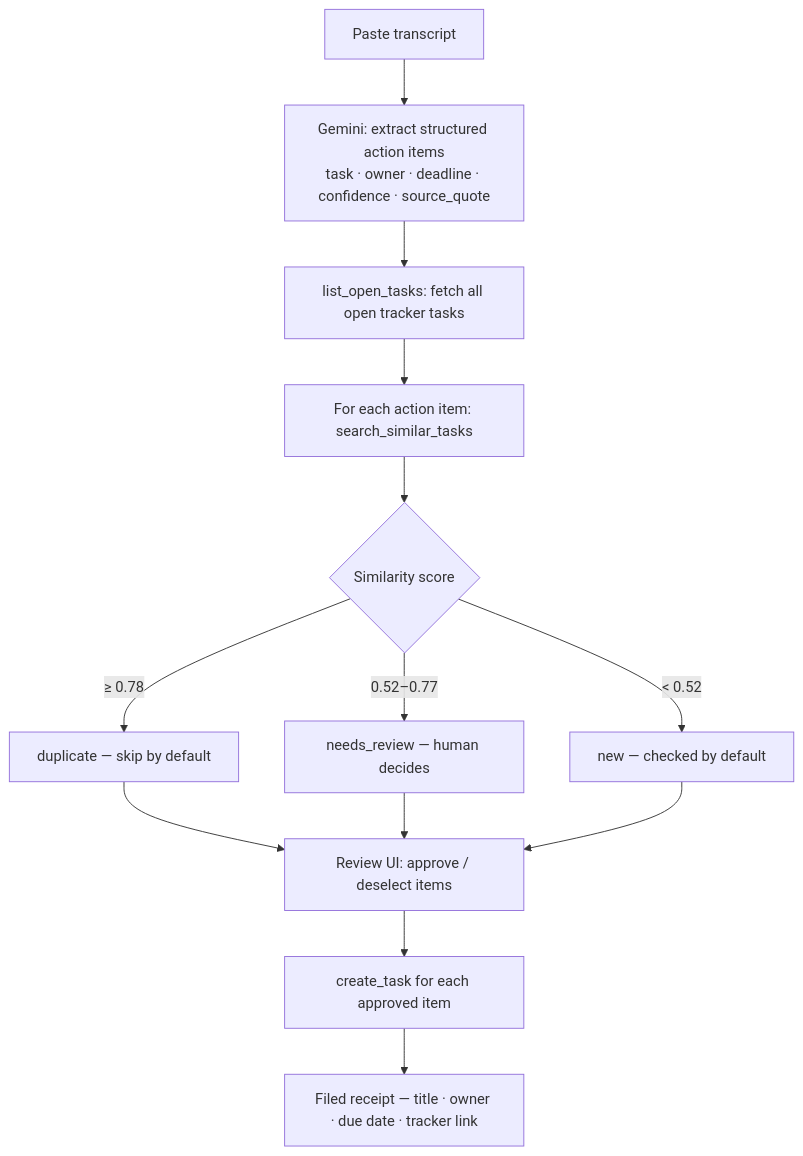
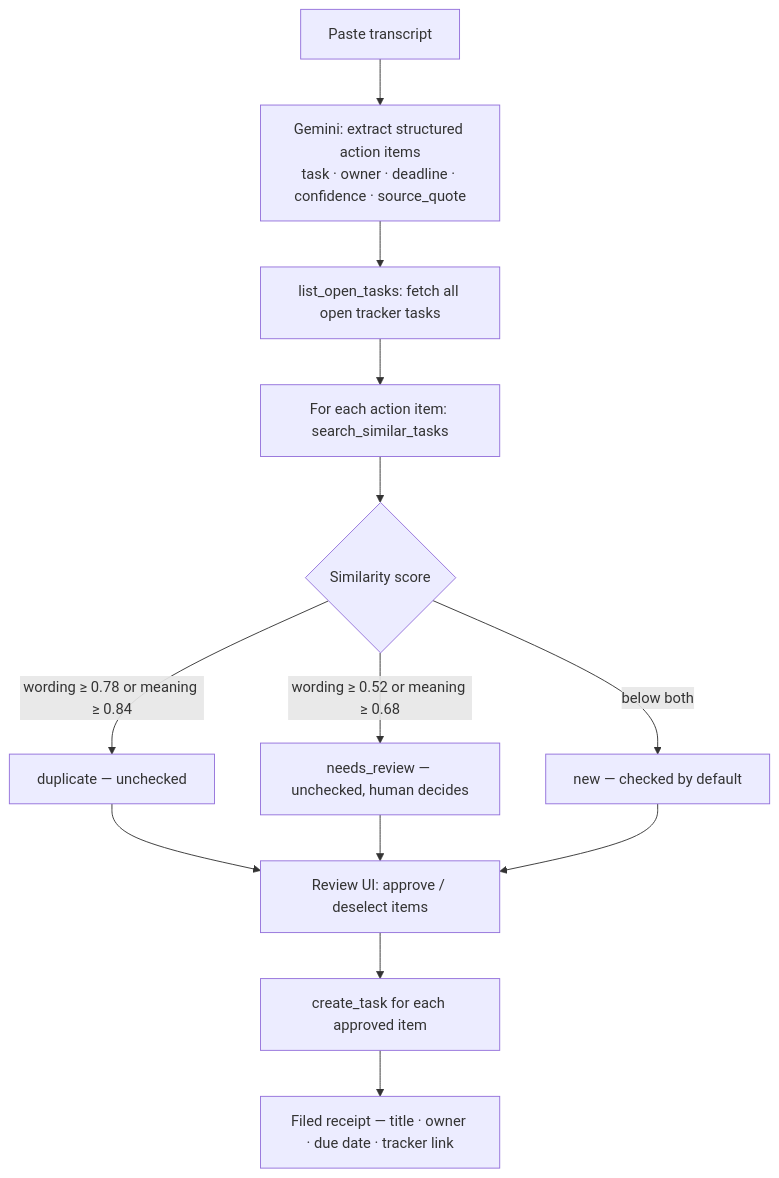
The second of 2 diagrams in README.md (het2576/Docket-MCP), drawn with Mermaid before and after one commit. The commit also changed other lines of this file and 30 other files, not shown here.

````diff
--- a/README.md
+++ b/README.md
@@ -73,13 +73,13 @@
 ```mermaid
 flowchart TD
   A[Paste transcript] --> B[Gemini: extract structured action items\ntask · owner · deadline · confidence · source_quote]
   B --> C[list_open_tasks: fetch all open tracker tasks]
   C --> D[For each action item: search_similar_tasks]
   D --> E{Similarity score}
-  E -->|≥ 0.78| F[duplicate — skip by default]
-  E -->|0.52–0.77| G[needs_review — human decides]
-  E -->|< 0.52| H[new — checked by default]
+  E -->|wording ≥ 0.78 or meaning ≥ 0.84| F[duplicate — unchecked]
+  E -->|wording ≥ 0.52 or meaning ≥ 0.68| G[needs_review — unchecked, human decides]
+  E -->|below both| H[new — checked by default]
   F & G & H --> I[Review UI: approve / deselect items]
   I --> J[create_task for each approved item]
   J --> K[Filed receipt — title · owner · due date · tracker link]
 ```
````
